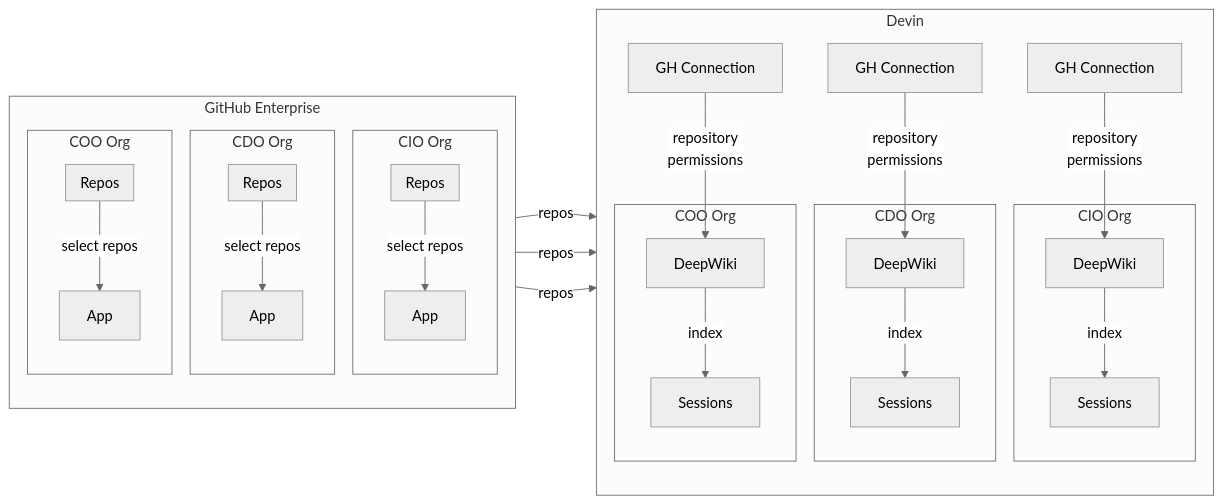
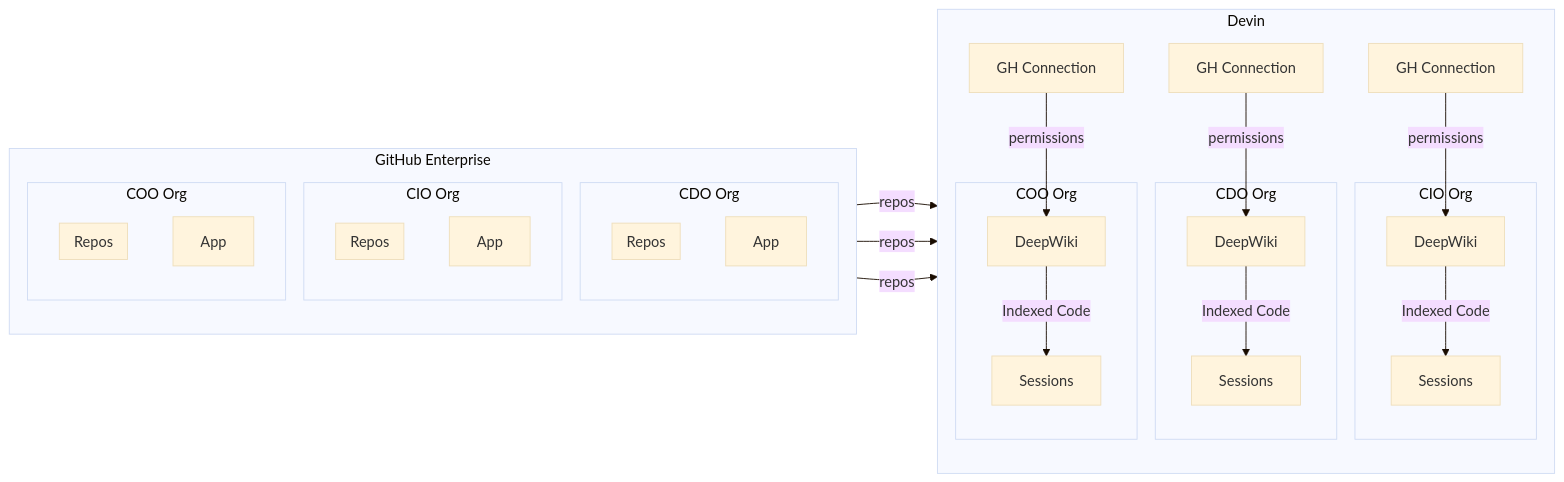
The diagram in README.md (taylor-curran/devin-repo-rbac-at-scale), drawn with Mermaid before and after one commit.

Commit message:
Refactor flowchart structure in README
Updated the flowchart structure in the README to enhance clarity and organization.

````diff
--- a/README.md
+++ b/README.md
@@ -7,67 +7,58 @@
 ```mermaid
----
-config:
-  theme: neutral
----
+%%{init: {'theme': 'base', 'themeVariables': { 'background': '#e6f3ff'}}}%%
 flowchart LR
- subgraph SubOrg1["CDO Org"]
-        DW1["DeepWiki"]
-        S1["Sessions"]
+  %% First block of blocks
+  subgraph MainOrg["Devin"]
+    direction TB
+    subgraph SubOrg1["CDO Org"]
+      DW1["DeepWiki"]
+      S1["Sessions"]
+    end
+    subgraph SubOrg2["CIO Org"]
+      DW2["DeepWiki"]
+      S2["Sessions"]
+    end
+    subgraph SubOrg3["COO Org"]
+      DW3["DeepWiki"]
+      S3["Sessions"]
+    end
+    GH1["GH Connection"]
+    GH2["GH Connection"]
+    GH3["GH Connection"]
   end
- subgraph SubOrg2["CIO Org"]
-        DW2["DeepWiki"]
-        S2["Sessions"]
+
+  %% Second block of blocks
+  subgraph CloudOrg["GitHub Enterprise"]
+    direction TB
+    subgraph SubOrgA["CDO Org"]
+      App1["App"]
+      subgraph Repos1["Repos"]
+      end
+    end
+    subgraph SubOrgB["CIO Org"]
+      App2["App"]
+      subgraph Repos2["Repos"]
+      end
+    end
+    subgraph SubOrgC["COO Org"]
+      App3["App"]
+      subgraph Repos3["Repos"]
+      end
+    end
   end
- subgraph SubOrg3["COO Org"]
-        DW3["DeepWiki"]
-        S3["Sessions"]
-  end
- subgraph MainOrg["Devin"]
-    direction TB
-        SubOrg1
-        SubOrg2
-        SubOrg3
-        GH1["GH Connection"]
-        GH2["GH Connection"]
-        GH3["GH Connection"]
-  end
- subgraph Repos1["Repos"]
-  end
- subgraph SubOrgA["CDO Org"]
-        App1["App"]
-        Repos1
-  end
- subgraph Repos2["Repos"]
-  end
- subgraph SubOrgB["CIO Org"]
-        App2["App"]
-        Repos2
-  end
- subgraph Repos3["Repos"]
-  end
- subgraph SubOrgC["COO Org"]
-        App3["App"]
-        Repos3
-  end
- subgraph CloudOrg["GitHub Enterprise"]
-    direction TB
-        SubOrgA
-        SubOrgB
-        SubOrgC
-  end
-    App1 -- repos --> GH1
-    App2 -- repos --> GH2
-    App3 -- repos --> GH3
-    GH1 -- repository 
-  permissions --> DW1
-    GH2 -- repository
-  permissions --> DW2
-    GH3 -- repository
-  permissions --> DW3
-    DW1 -- index --> S1
-    DW2 -- index --> S2
-    DW3 -- index --> S3
-    Repos1 -- select repos --> App1
-    Repos2 -- select repos --> App2
-    Repos3 -- select repos --> App3
+
+  %% App -> GH Connection (repos)
+  App1 -->|repos| GH1
+  App2 -->|repos| GH2
+  App3 -->|repos| GH3
+
+  %% GH Connection -> DeepWiki (permissions)
+  GH1 -->|permissions| DW1
+  GH2 -->|permissions| DW2
+  GH3 -->|permissions| DW3
+
+  %% DeepWiki -> Sessions (Indexed Code)
+  DW1 -->|Indexed Code| S1
+  DW2 -->|Indexed Code| S2
+  DW3 -->|Indexed Code| S3
 ```
````
